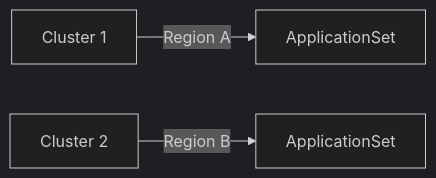
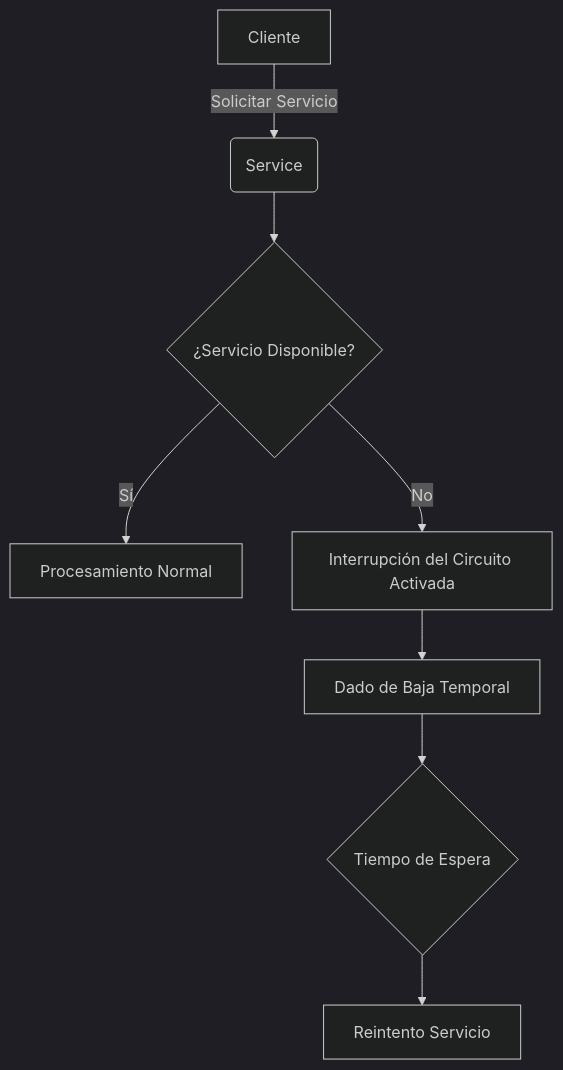
The first of 13 diagrams in Otros_Activos_Mastery/kubernetes:_auto-escalado_y_service_mesh_en_2026_STAFF.md (Joaquinriosheredia/DAM-Java-Mastery), drawn with Mermaid (dark theme) before and after one commit. The commit also changed other lines of this file, not shown here.

Commit message:
feat: manual de autoridad sobre Kubernetes: Auto-escalado y Service Mesh en 2026 (Staff Level)

````diff
--- a/Otros_Activos_Mastery/kubernetes:_auto-escalado_y_service_mesh_en_2026_STAFF.md
+++ b/Otros_Activos_Mastery/kubernetes:_auto-escalado_y_service_mesh_en_2026_STAFF.md
@@ -134,5 +155,10 @@
-     ```mermaid
-     graph LR;
-       A[Cluster 1] -->|Region A| B[ApplicationSet];
-       C[Cluster 2] -->|Region B| D[ApplicationSet];
-     ```
+```mermaid
+graph TD;
+    A[Cliente] -->|Solicitar Servicio| B(Service);
+    B --> C{¿Servicio Disponible?};
+    C --> |Sí| D[Procesamiento Normal];
+    C --> |No| E[Interrupción del Circuito Activada];
+    E --> F[Dado de Baja Temporal];
+    F --> G{Tiempo de Espera};
+    G --> H[Reintento Servicio];
+```
````
